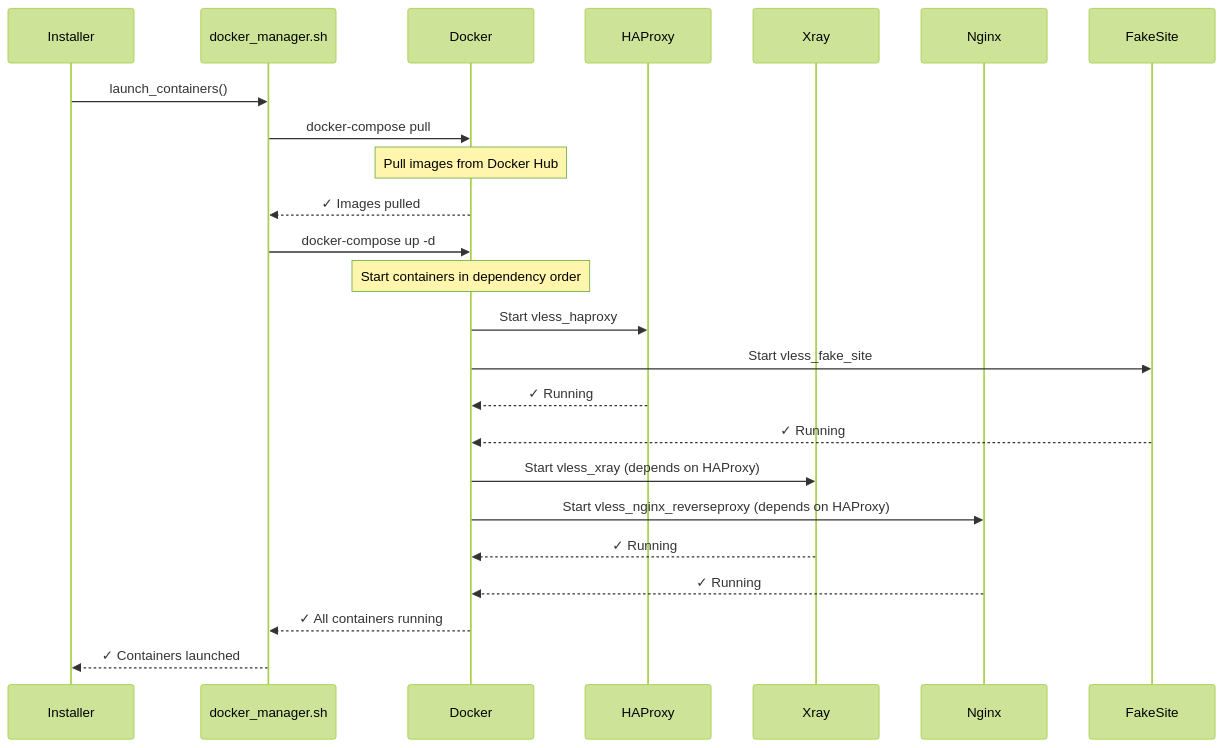
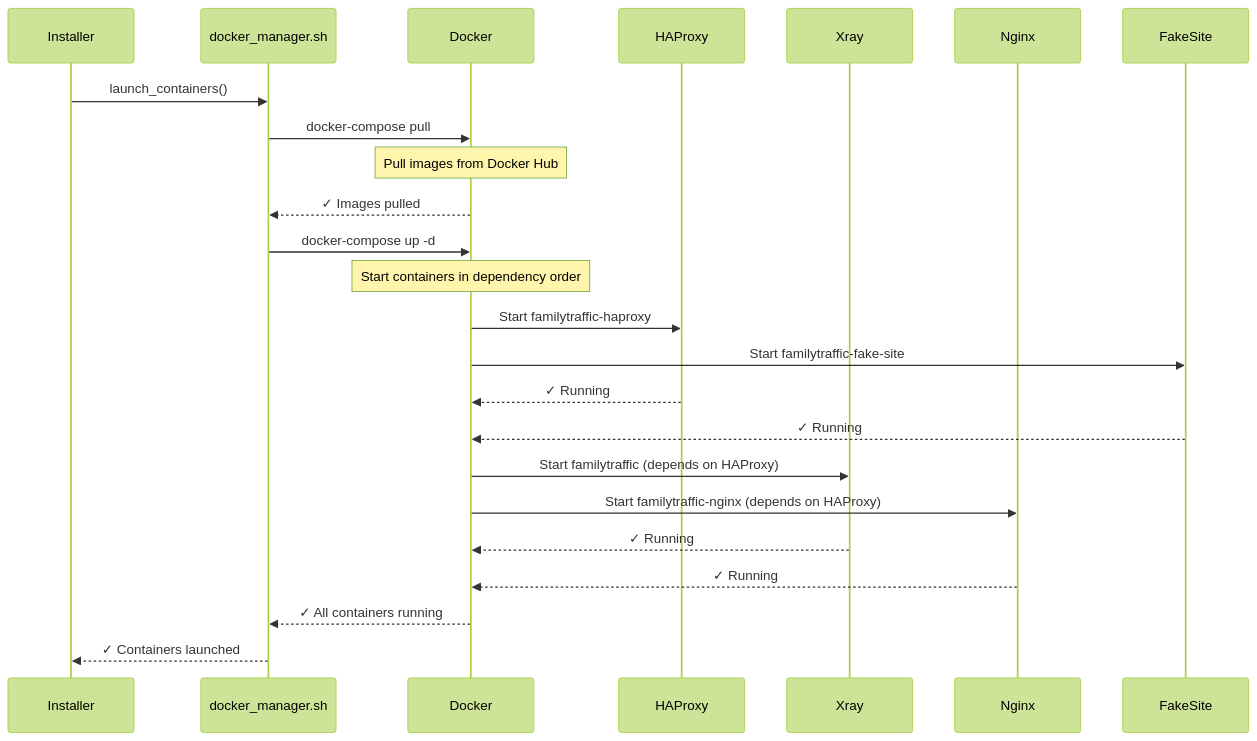
Before and after one commit to ikeniborn/vless: diagram 11 of 14 in docs/architecture/diagrams/dependencies/initialization-order.md, drawn with Mermaid (forest theme). The commit also changed other lines of this file and 66 other files, not shown here.

First line of the commit message:
refactor(rename): replace old project name 'vless' with 'familytraffic'

````diff
--- a/docs/architecture/diagrams/dependencies/initialization-order.md
+++ b/docs/architecture/diagrams/dependencies/initialization-order.md
@@ -487,36 +487,36 @@
 ```mermaid
 sequenceDiagram
     participant Installer
     participant DockerMgr as docker_manager.sh
     participant Docker
     participant HAProxy
     participant Xray
     participant Nginx
     participant FakeSite
 
     Installer->>DockerMgr: launch_containers()
 
     DockerMgr->>Docker: docker-compose pull
 
     Note over Docker: Pull images from Docker Hub
 
     Docker-->>DockerMgr: ✓ Images pulled
 
     DockerMgr->>Docker: docker-compose up -d
 
     Note over Docker: Start containers in dependency order
 
-    Docker->>HAProxy: Start vless_haproxy
-    Docker->>FakeSite: Start vless_fake_site
+    Docker->>HAProxy: Start familytraffic-haproxy
+    Docker->>FakeSite: Start familytraffic-fake-site
     HAProxy-->>Docker: ✓ Running
     FakeSite-->>Docker: ✓ Running
 
-    Docker->>Xray: Start vless_xray (depends on HAProxy)
-    Docker->>Nginx: Start vless_nginx_reverseproxy (depends on HAProxy)
+    Docker->>Xray: Start familytraffic (depends on HAProxy)
+    Docker->>Nginx: Start familytraffic-nginx (depends on HAProxy)
     Xray-->>Docker: ✓ Running
     Nginx-->>Docker: ✓ Running
 
     Docker-->>DockerMgr: ✓ All containers running
 
     DockerMgr-->>Installer: ✓ Containers launched
 ```
````
